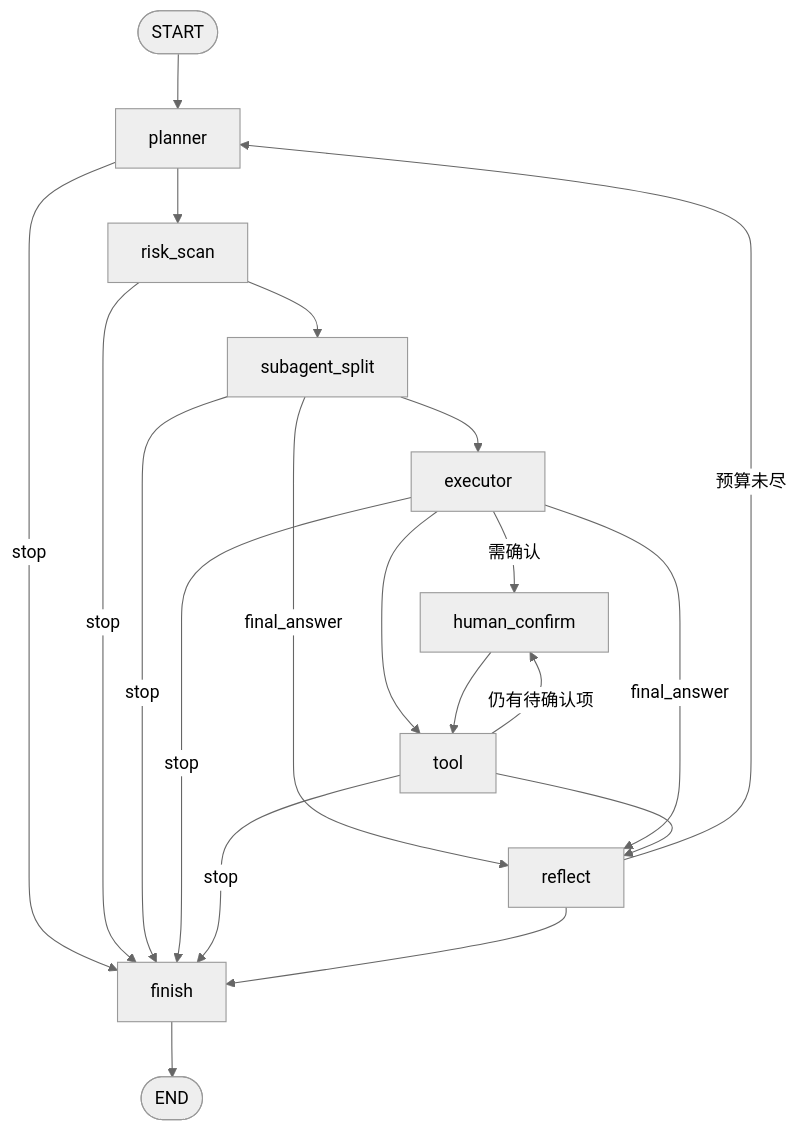
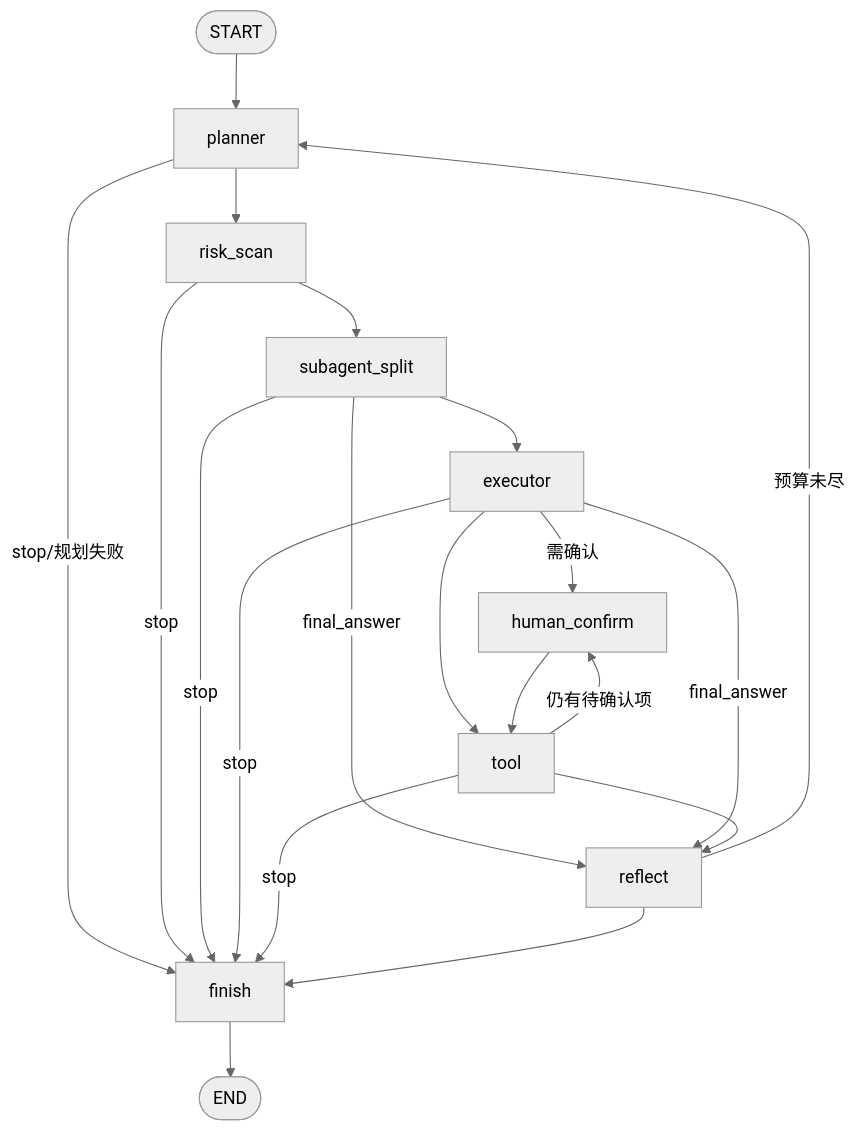
One commit to renjianguojinqianfan/langgraph-agent changed the diagram in README.md. Above: the diagram before and after it, drawn with Mermaid (neutral theme). The commit also changed other lines of this file and 9 other files, not shown here.

````diff
--- a/README.md
+++ b/README.md
@@ -65,22 +65,22 @@
 ```mermaid
 flowchart TD
     S0([START]) --> planner
-    planner -->|stop| finish
+    planner -->|stop/规划失败| finish
     planner --> risk_scan
     risk_scan -->|stop| finish
     risk_scan --> subagent_split
     subagent_split -->|final_answer| reflect
     subagent_split --> executor
     subagent_split -->|stop| finish
     executor -->|需确认| human_confirm
     executor --> tool
     executor -->|final_answer| reflect
     executor -->|stop| finish
     human_confirm --> tool
     tool -->|仍有待确认项| human_confirm
     tool --> reflect
     tool -->|stop| finish
     reflect -->|预算未尽| planner
     reflect --> finish
     finish --> E0([END])
 ```
````
